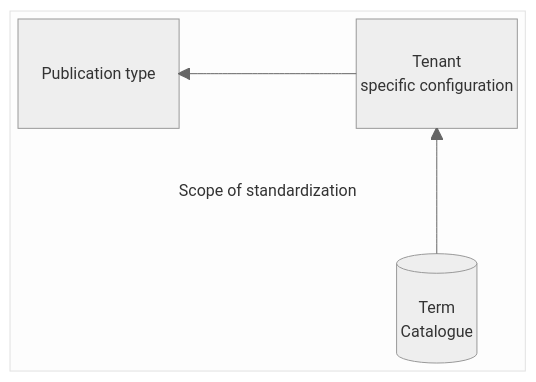
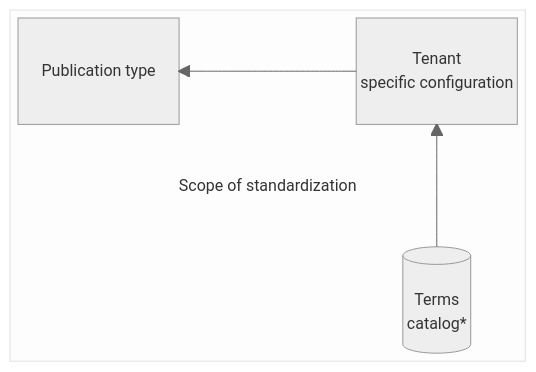
One commit to officialgazette/publication-standard changed the first of 2 diagrams in README.md. Above: the diagram before and after it, drawn with Mermaid. The commit also changed other lines of this file, not shown here.

````diff
--- a/README.md
+++ b/README.md
@@ -48,28 +48,28 @@
 ```mermaid
 
 %%{
   init: {
     'theme': 'neutral'
   }
 }%%
 
 block-beta
 
 block:scope["Scope of standardization"]
 
 columns 3
 standard["Publication type"]:1
 space Terms["Tenant
 specific configuration"]
 space:3
 space space termDB[("
-Term
-Catalogue")]
+Terms
+catalog*")]
 
 end
 
 
 
 Terms --> standard
 termDB --> Terms
 ```
````
